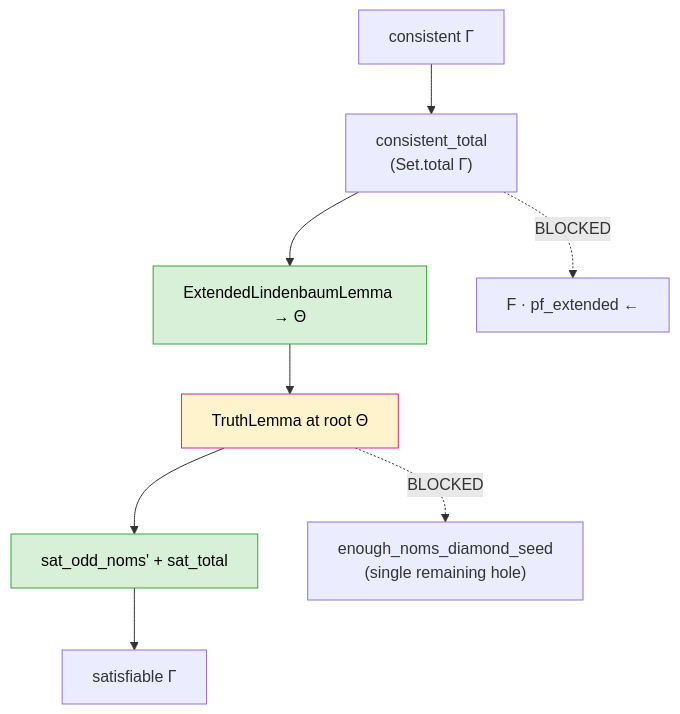
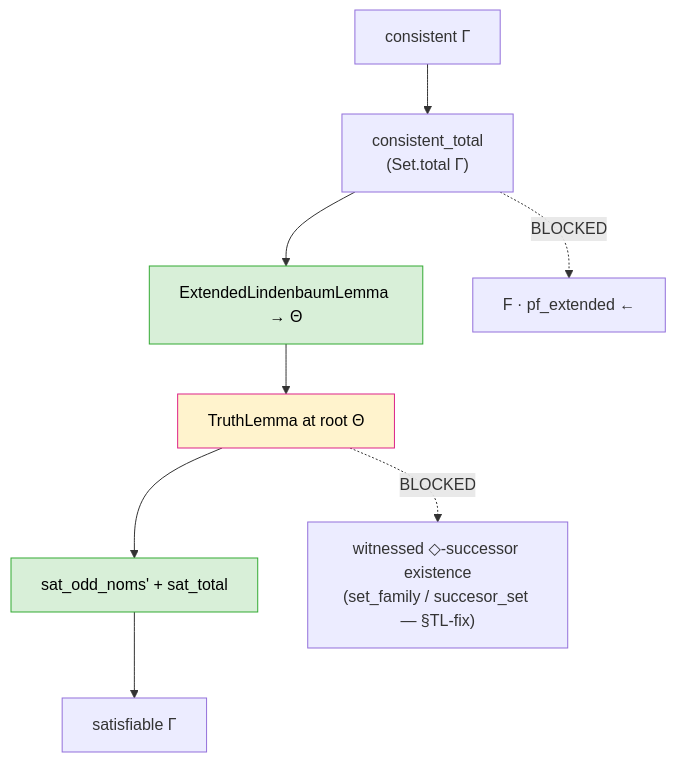
Before and after one commit to catskillsresearch/hybrid_logic_lean_revisited: the fifth of 5 diagrams in arxiv.md, drawn with Mermaid. The commit also changed other lines of this file and 1 other file, not shown here.

First line of the commit message:
docs: disprove enough_noms_diamond_seed; document l313' Henkin route + attribution

````diff
--- a/arxiv.md
+++ b/arxiv.md
@@ -338,14 +369,14 @@
 ```mermaid
 flowchart TD
   classDef pass fill:#d8efd8,stroke:#3a3,color:#000
   classDef partial fill:#fff3cd,stroke:#d28,color:#000
   classDef open fill:#f8d7da,stroke:#c33,color:#000
 
   A["consistent Γ"] --> B["consistent_total<br/>(Set.total Γ)"]
   B --> C["ExtendedLindenbaumLemma → Θ"]:::pass
   C --> D["TruthLemma at root Θ"]:::partial
   D --> E["sat_odd_noms' + sat_total"]:::pass
   E --> F["satisfiable Γ"]
   B -.->|"BLOCKED"| G["F · pf_extended ←"]
-  D -.->|"BLOCKED"| H1["enough_noms_diamond_seed<br/>(single remaining hole)"]
+  D -.->|"BLOCKED"| H1["witnessed ◇-successor existence<br/>(set_family / succesor_set — §TL-fix)"]
 ```
````
